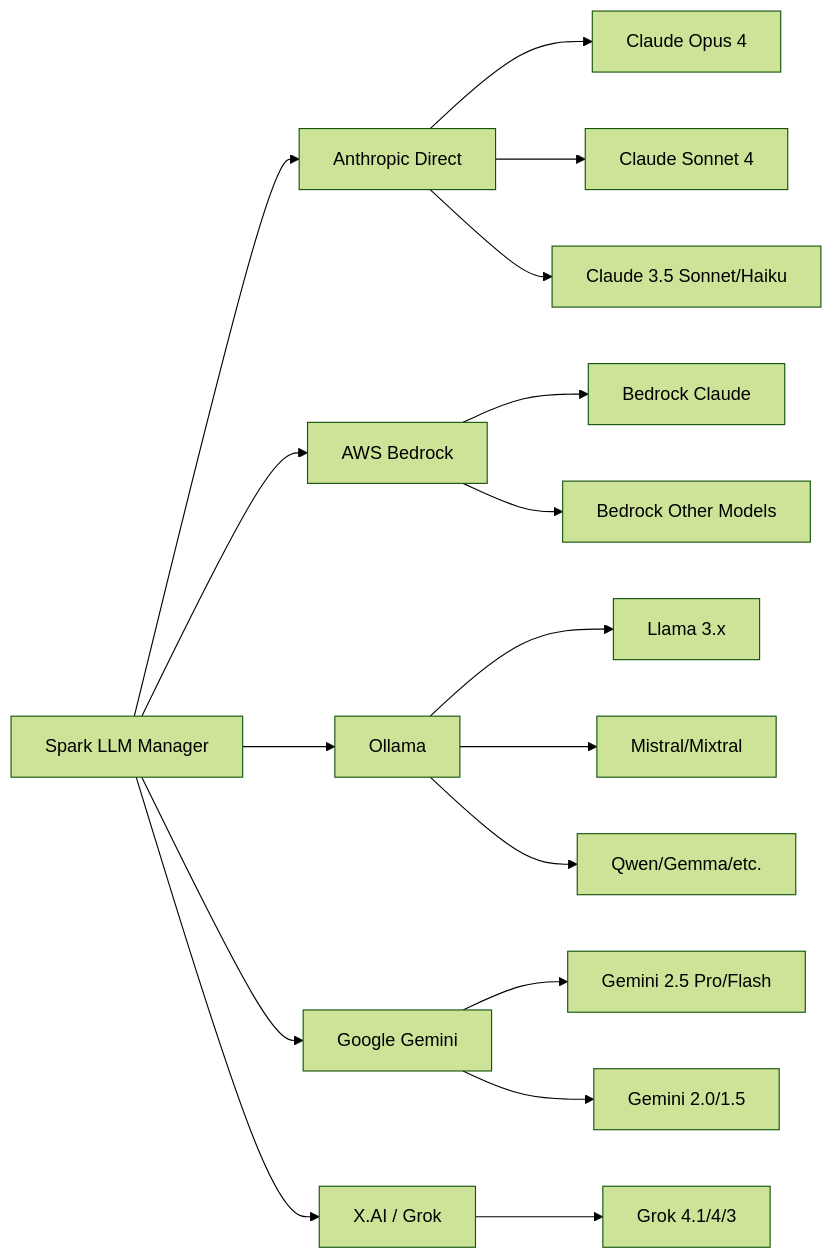
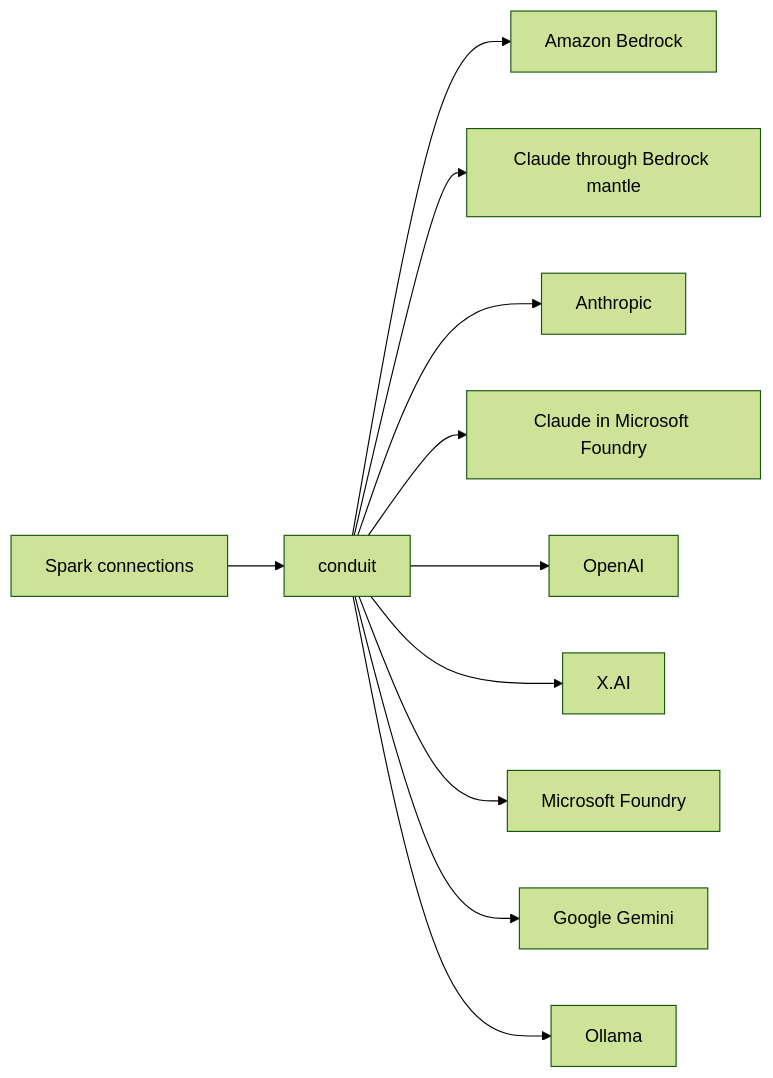
The diagram in docs/providers.md (Cognisn/spark), drawn with Mermaid (forest theme) before and after one commit. The commit also changed other lines of this file and 21 other files, not shown here.

````diff
--- a/docs/providers.md
+++ b/docs/providers.md
@@ -7,25 +12,13 @@
 ```mermaid
 graph LR
-    Spark[Spark LLM Manager]
-    Spark --> A[Anthropic Direct]
-    Spark --> B[AWS Bedrock]
-    Spark --> C[Ollama]
-    Spark --> D[Google Gemini]
-    Spark --> E[X.AI / Grok]
-
-    A --> A1[Claude Opus 4]
-    A --> A2[Claude Sonnet 4]
-    A --> A3[Claude 3.5 Sonnet/Haiku]
-
-    B --> B1[Bedrock Claude]
-    B --> B2[Bedrock Other Models]
-
-    C --> C1[Llama 3.x]
-    C --> C2[Mistral/Mixtral]
-    C --> C3[Qwen/Gemma/etc.]
-
-    D --> D1[Gemini 2.5 Pro/Flash]
-    D --> D2[Gemini 2.0/1.5]
-
-    E --> E1[Grok 4.1/4/3]
+    Spark[Spark connections] --> conduit[conduit]
+    conduit --> B[Amazon Bedrock]
+    conduit --> M[Claude through Bedrock mantle]
+    conduit --> A[Anthropic]
+    conduit --> AF[Claude in Microsoft Foundry]
+    conduit --> O[OpenAI]
+    conduit --> X[X.AI]
+    conduit --> OF[Microsoft Foundry]
+    conduit --> G[Google Gemini]
+    conduit --> L[Ollama]
 ```
````
